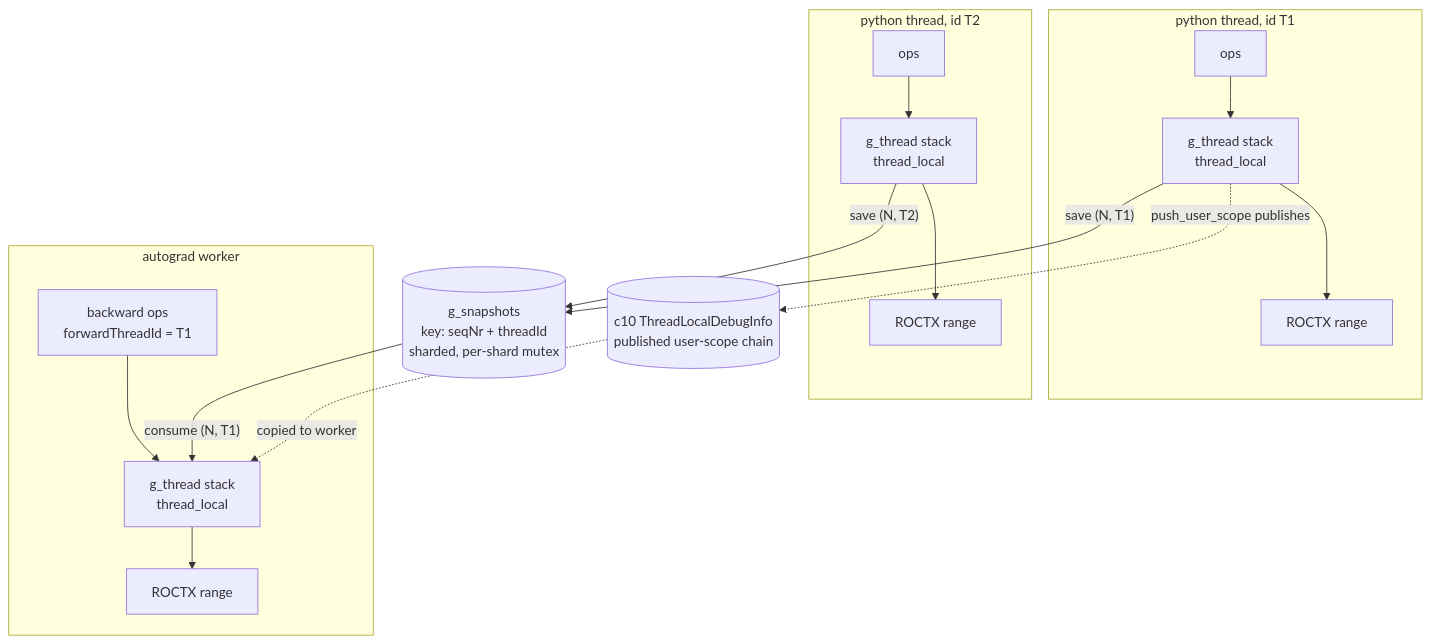
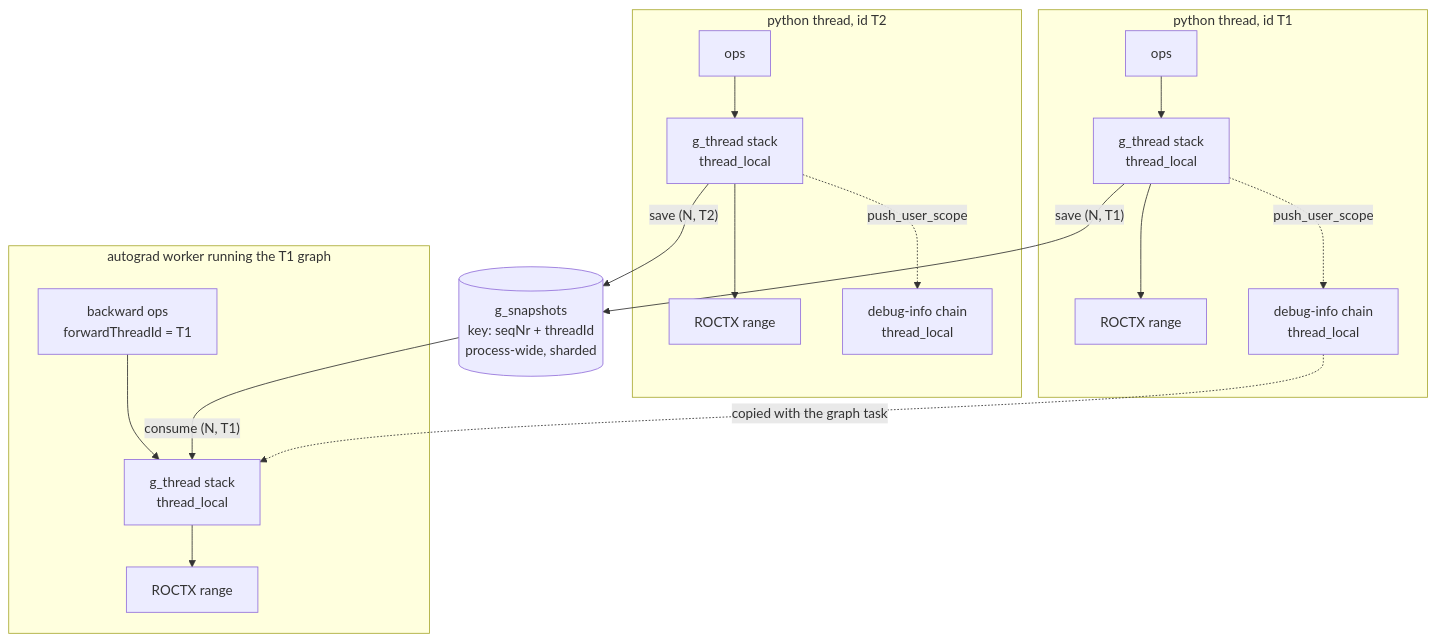
One commit to ROCm/rocm-systems changed the third of 8 diagrams in projects/rocprofiler-compute/docs/design/lld-torch-native-tier.md. Above: the diagram before and after it, drawn with Mermaid. The commit also changed other lines of this file and 2 other files, not shown here.

````diff
--- a/projects/rocprofiler-compute/docs/design/lld-torch-native-tier.md
+++ b/projects/rocprofiler-compute/docs/design/lld-torch-native-tier.md
@@ -112,24 +112,26 @@
 ```mermaid
 flowchart TB
     subgraph t1["python thread, id T1"]
         o1["ops"] --> s1["g_thread stack<br/>thread_local"] --> r1["ROCTX range"]
+        d1["debug-info chain<br/>thread_local"]
+        s1 -.->|"push_user_scope"| d1
     end
 
     subgraph t2["python thread, id T2"]
         o2["ops"] --> s2["g_thread stack<br/>thread_local"] --> r2["ROCTX range"]
+        d2["debug-info chain<br/>thread_local"]
+        s2 -.->|"push_user_scope"| d2
     end
 
-    subgraph w["autograd worker"]
+    subgraph w["autograd worker running the T1 graph"]
         ow["backward ops<br/>forwardThreadId = T1"] --> sw["g_thread stack<br/>thread_local"] --> rw["ROCTX range"]
     end
 
-    store[("g_snapshots<br/>key: seqNr + threadId<br/>sharded, per-shard mutex")]
-    tls[("c10 ThreadLocalDebugInfo<br/>published user-scope chain")]
+    store[("g_snapshots<br/>key: seqNr + threadId<br/>process-wide, sharded")]
 
     s1 -->|"save (N, T1)"| store
     s2 -->|"save (N, T2)"| store
     store -->|"consume (N, T1)"| sw
 
-    s1 -.->|"push_user_scope publishes"| tls
-    tls -.->|"copied to worker"| sw
+    d1 -.->|"copied with the graph task"| sw
 ```
````
